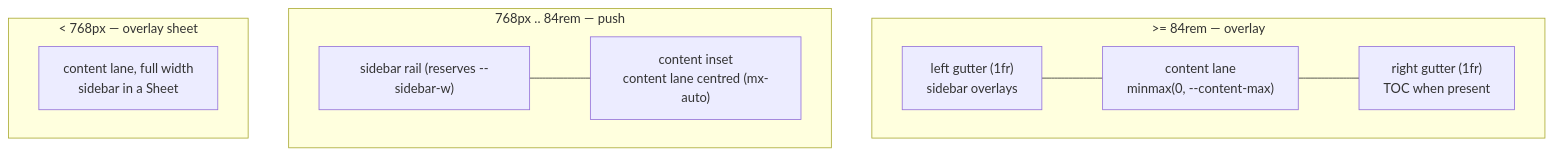
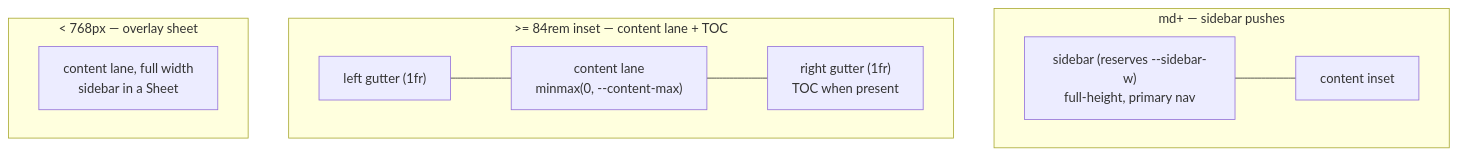
Before and after one commit to cloudvoyant/diffwiki: the diagram in docs/architecture/app-shell.md, drawn with Mermaid. The commit also changed other lines of this file and 2 other files, not shown here.

Commit message:
fix(wiki): make sidebar push content so top nav stays in the content lane

````diff
--- a/docs/architecture/app-shell.md
+++ b/docs/architecture/app-shell.md
@@ -30,12 +36,12 @@
 ```mermaid
 graph TD
-  subgraph Desktop[">= 84rem — overlay"]
-    L["left gutter (1fr)\nsidebar overlays"] --- C["content lane\nminmax(0, --content-max)"] --- R["right gutter (1fr)\nTOC when present"]
+  subgraph Shell["md+ — sidebar pushes"]
+    SB["sidebar (reserves --sidebar-w)\nfull-height, primary nav"] --- INSET["content inset"]
   end
-  subgraph Tablet["768px .. 84rem — push"]
-    S["sidebar rail (reserves --sidebar-w)"] --- CI["content inset\ncontent lane centred (mx-auto)"]
+  subgraph Inset[">= 84rem inset — content lane + TOC"]
+    L["left gutter (1fr)"] --- C["content lane\nminmax(0, --content-max)"] --- R["right gutter (1fr)\nTOC when present"]
   end
   subgraph Mobile["< 768px — overlay sheet"]
     CM["content lane, full width\nsidebar in a Sheet"]
   end
 ```
````
